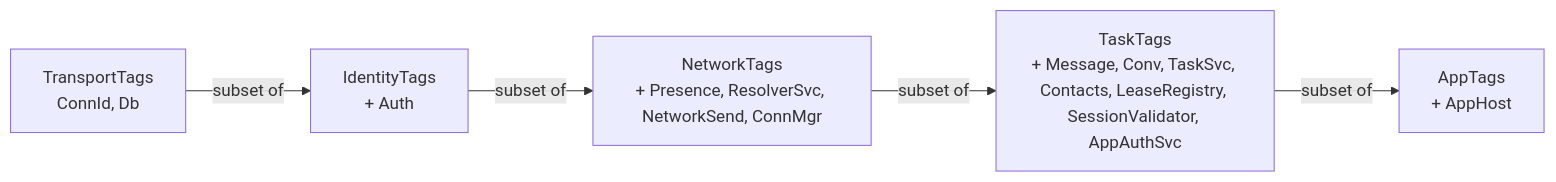
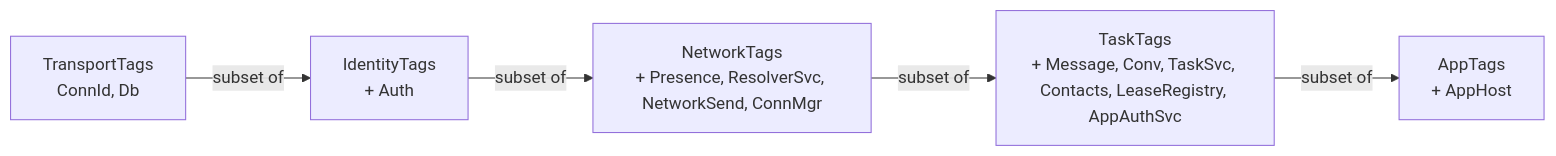
The diagram in packages/server/src/transport/README.md (chughtapan/moltzap), drawn with Mermaid before and after one commit. The commit also changed 26 other files, not shown here.

First line of the commit message:
impl(#725): remove sessionToken / SessionValidator external-bearer auth path

````diff
--- a/packages/server/src/transport/README.md
+++ b/packages/server/src/transport/README.md
@@ -12,10 +12,10 @@
 ```mermaid
 flowchart LR
   T["TransportTags<br>ConnId, Db"]
   I["IdentityTags<br>+ Auth"]
   N["NetworkTags<br>+ Presence, ResolverSvc, NetworkSend, ConnMgr"]
-  K["TaskTags<br>+ Message, Conv, TaskSvc, Contacts, LeaseRegistry, SessionValidator, AppAuthSvc"]
+  K["TaskTags<br>+ Message, Conv, TaskSvc, Contacts, LeaseRegistry, AppAuthSvc"]
   A["AppTags<br>+ AppHost"]
 
   T -->|"subset of"| I -->|"subset of"| N -->|"subset of"| K -->|"subset of"| A
 ```
````
